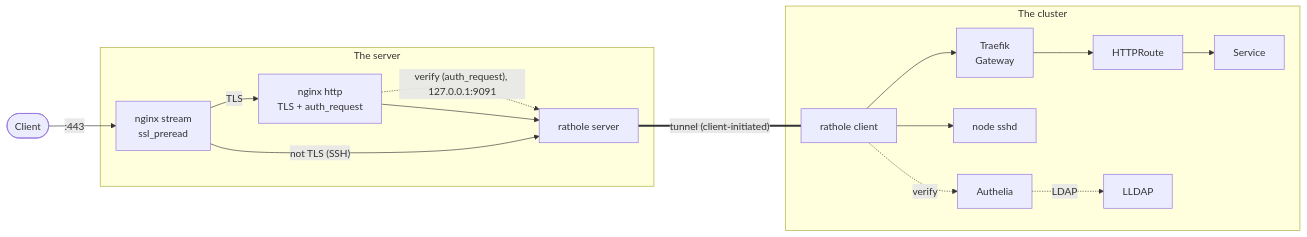
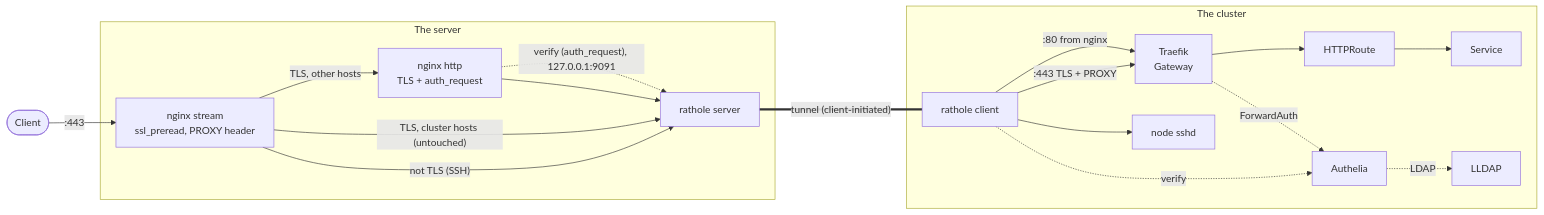
The second of 5 diagrams in docs/architecture.md (rafi/machines), drawn with Mermaid before and after one commit. The commit also changed other lines of this file and 18 other files, not shown here.

First line of the commit message:
feat: end TLS in the cluster for echo

````diff
--- a/docs/architecture.md
+++ b/docs/architecture.md
@@ -41,16 +41,19 @@
 ```mermaid
 flowchart LR
   user(["Client"]) -- ":443" --> stream
   subgraph vps["The server"]
-    stream["nginx stream<br/>ssl_preread"] -- "TLS" --> http["nginx http<br/>TLS + auth_request"]
+    stream["nginx stream<br/>ssl_preread, PROXY header"] -- "TLS, other hosts" --> http["nginx http<br/>TLS + auth_request"]
     http -. "verify (auth_request), 127.0.0.1:9091" .-> rs
     http --> rs["rathole server"]
+    stream -- "TLS, cluster hosts (untouched)" --> rs
     stream -- "not TLS (SSH)" --> rs
   end
   subgraph home["The cluster"]
-    rc["rathole client"] --> gw["Traefik<br/>Gateway"] --> route["HTTPRoute"] --> svc["Service"]
+    rc["rathole client"] -- ":80 from nginx" --> gw["Traefik<br/>Gateway"] --> route["HTTPRoute"] --> svc["Service"]
+    rc -- ":443 TLS + PROXY" --> gw
+    gw -. "ForwardAuth" .-> authelia
     rc --> sshd["node sshd"]
     rc -. "verify" .-> authelia["Authelia"] -. "LDAP" .-> lldap["LLDAP"]
   end
   rs == "tunnel (client-initiated)" === rc
 ```
````
